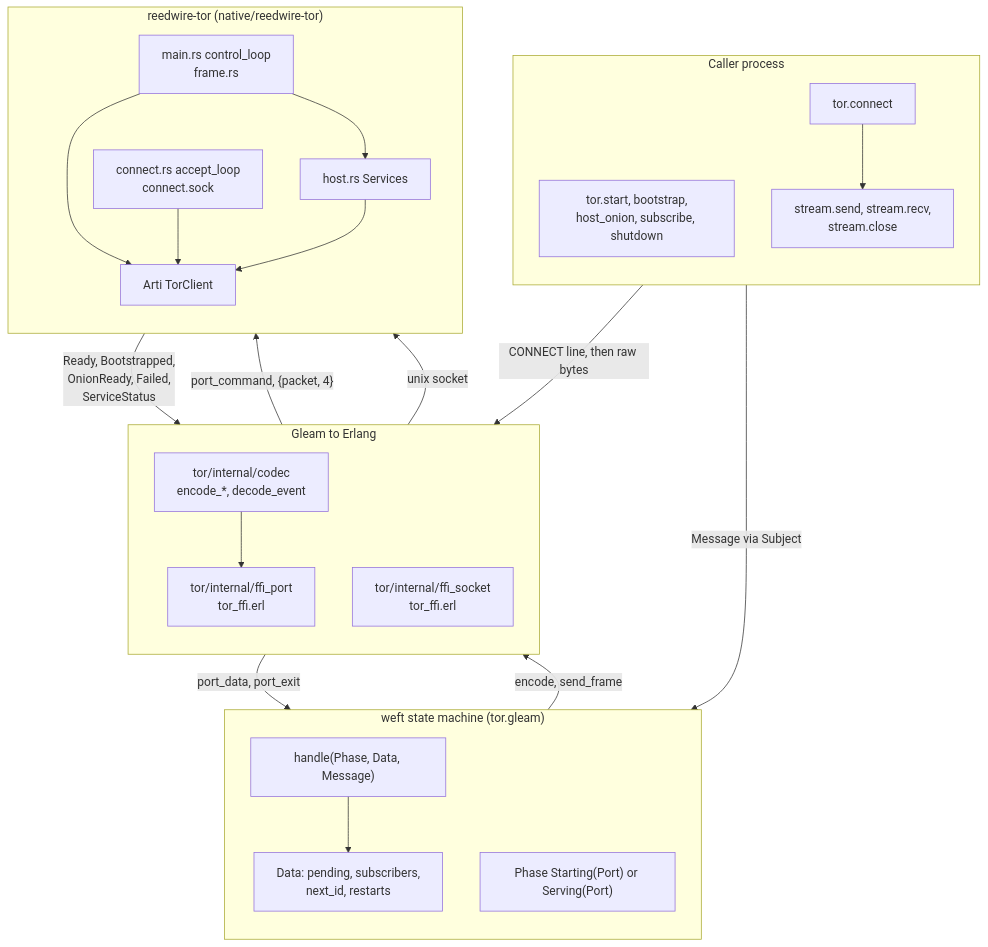
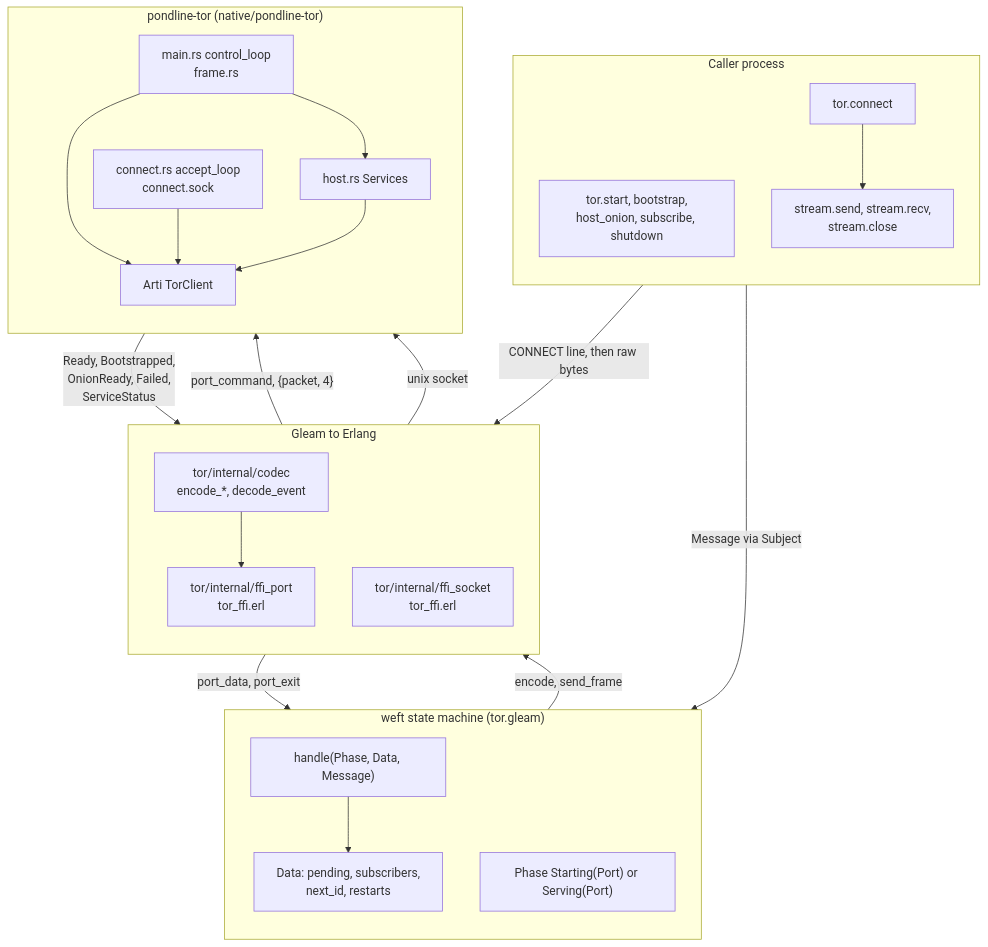
One commit to Roasbeef/pondline changed the first of 6 diagrams in packages/tor/README.md. Above: the diagram before and after it, drawn with Mermaid. The commit also changed other lines of this file and 44 other files, not shown here.

````diff
--- a/packages/tor/README.md
+++ b/packages/tor/README.md
@@ -11,46 +11,46 @@
 ```mermaid
 flowchart TB
     subgraph Caller["Caller process"]
         direction TB
         api["tor.start, bootstrap,<br/>host_onion, subscribe, shutdown"]
         conn["tor.connect"]
         st["stream.send, stream.recv,<br/>stream.close"]
     end
 
     subgraph Machine["weft state machine (tor.gleam)"]
         direction TB
         handle["handle(Phase, Data, Message)"]
         data["Data: pending, subscribers,<br/>next_id, restarts"]
         port["Phase Starting(Port) or Serving(Port)"]
     end
 
     subgraph Boundary["Gleam to Erlang"]
         direction TB
         codec["tor/internal/codec<br/>encode_*, decode_event"]
         ffiport["tor/internal/ffi_port<br/>tor_ffi.erl"]
         ffisock["tor/internal/ffi_socket<br/>tor_ffi.erl"]
     end
 
-    subgraph Sidecar["reedwire-tor (native/reedwire-tor)"]
+    subgraph Sidecar["pondline-tor (native/pondline-tor)"]
         direction TB
         ctl["main.rs control_loop<br/>frame.rs"]
         out["connect.rs accept_loop<br/>connect.sock"]
         host["host.rs Services"]
         arti["Arti TorClient"]
     end
 
     api -- "Message via Subject" --> handle
     handle --> data
     handle -- "encode, send_frame" --> codec
     codec --> ffiport
     ffiport -- "port_command, {packet, 4}" --> ctl
     ctl -- "Ready, Bootstrapped,<br/>OnionReady, Failed,<br/>ServiceStatus" --> ffiport
     ffiport -- "port_data, port_exit" --> handle
     conn --> st
     st -- "CONNECT line, then raw bytes" --> ffisock
     ffisock -- "unix socket" --> out
     ctl --> arti
     out --> arti
     host --> arti
     ctl --> host
 ```
````
